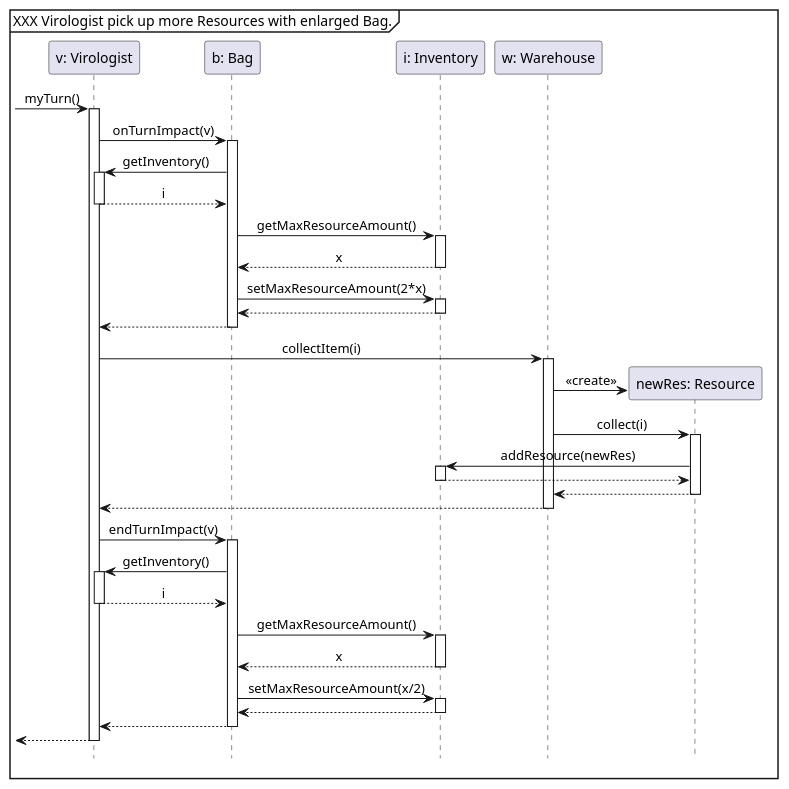
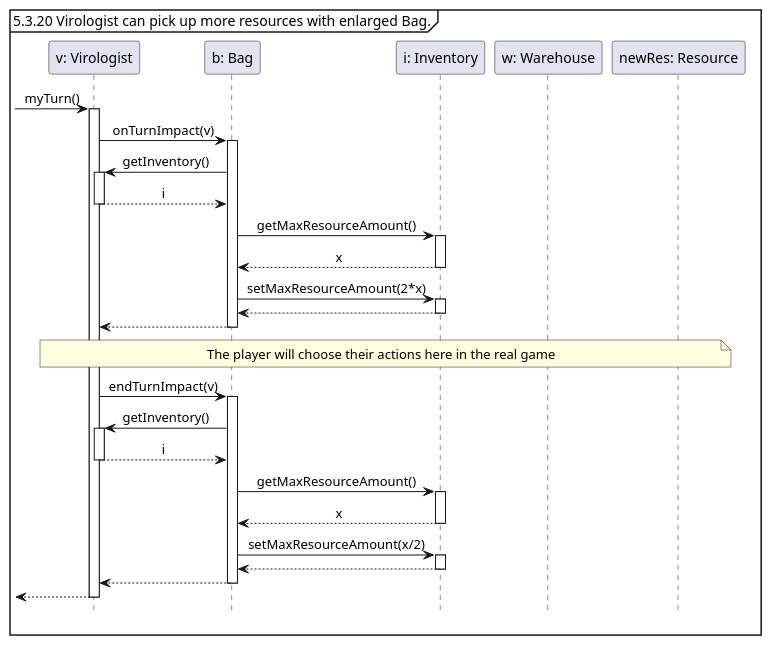
Before and after one commit to Tschonti/503-service-unavailable: the diagram in docs/testCases/sequences/bagAllImpact.puml, drawn with PlantUML. The commit also changed 14 other files, not shown here.

```diff
--- a/docs/testCases/sequences/bagAllImpact.puml
+++ b/docs/testCases/sequences/bagAllImpact.puml
@@ -1,41 +1,35 @@
 @startuml
 'https://plantuml.com/sequence-diagram
 hide footbox
 skinparam sequenceMessageAlign center
 
-mainframe XXX Virologist pick up more Resources with enlarged Bag.
+mainframe 5.3.20 Virologist can pick up more resources with enlarged Bag.
 
 participant "v: Virologist" as v
 participant "b: Bag" as b
 participant "i: Inventory" as i
 participant "w: Warehouse" as w
 participant "newRes: Resource" as newRes
 
 -> v ++ : myTurn()
     v -> b ++ : onTurnImpact(v)
         b -> v ++ : getInventory()
         return i
         b -> i ++ : getMaxResourceAmount()
         return x
         b -> i ++ : setMaxResourceAmount(2*x)
         return
     return
 
-    v -> w ++ : collectItem(i)
-        w -> newRes ** : <<create>>
-        w -> newRes ++ : collect(i)
-            newRes -> i ++ : addResource(newRes)
-            return
-        return
-    return
+    note across : The player will choose their actions here in the real game
 
     v -> b ++ : endTurnImpact(v)
             b -> v ++ : getInventory()
             return i
             b -> i ++ : getMaxResourceAmount()
             return x
             b -> i ++ : setMaxResourceAmount(x/2)
             return
         return
 return
 @enduml
```
